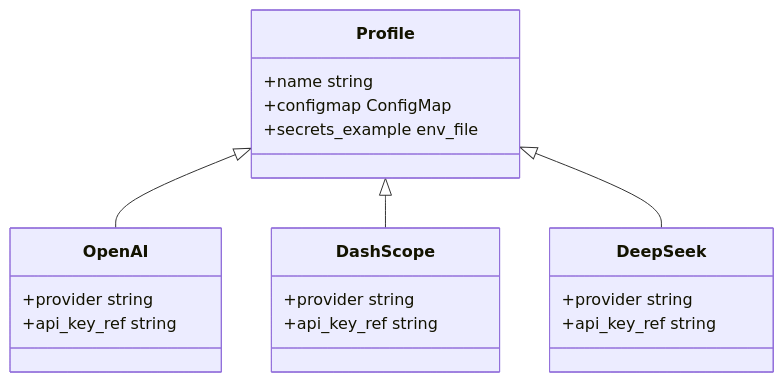
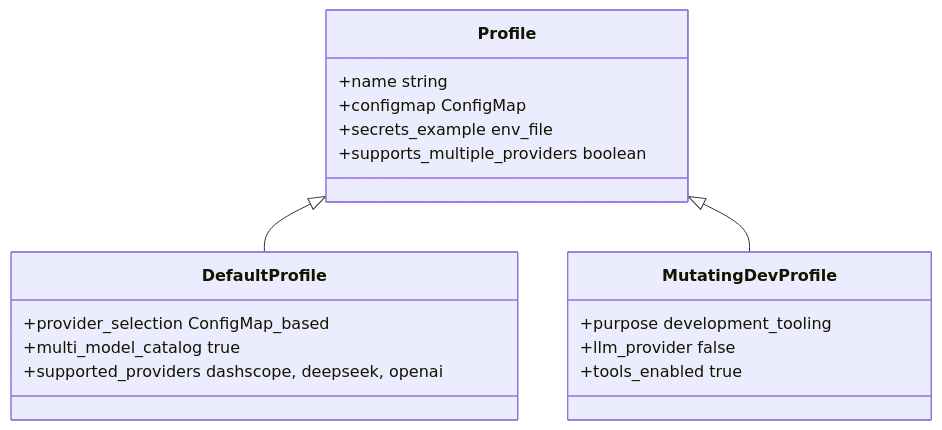
The fourth of 7 diagrams in .qoder/repowiki/en/content/Deployment and Operations/GitOps Workflow.md (metasync/luban-aiops), drawn with Mermaid before and after one commit. The commit also changed other lines of this file and 18 other files, not shown here.

````diff
--- a/.qoder/repowiki/en/content/Deployment and Operations/GitOps Workflow.md
+++ b/.qoder/repowiki/en/content/Deployment and Operations/GitOps Workflow.md
@@ -191,23 +196,21 @@
 ```mermaid
 classDiagram
 class Profile {
 +name string
 +configmap ConfigMap
 +secrets_example env_file
++supports_multiple_providers boolean
 }
-class OpenAI {
-+provider string
-+api_key_ref string
+class DefaultProfile {
++provider_selection ConfigMap_based
++multi_model_catalog true
++supported_providers dashscope, deepseek, openai
 }
-class DashScope {
-+provider string
-+api_key_ref string
+class MutatingDevProfile {
++purpose development_tooling
++llm_provider false
++tools_enabled true
 }
-class DeepSeek {
-+provider string
-+api_key_ref string
-}
-Profile <|-- OpenAI
-Profile <|-- DashScope
-Profile <|-- DeepSeek
+Profile <|-- DefaultProfile
+Profile <|-- MutatingDevProfile
 ```
````
